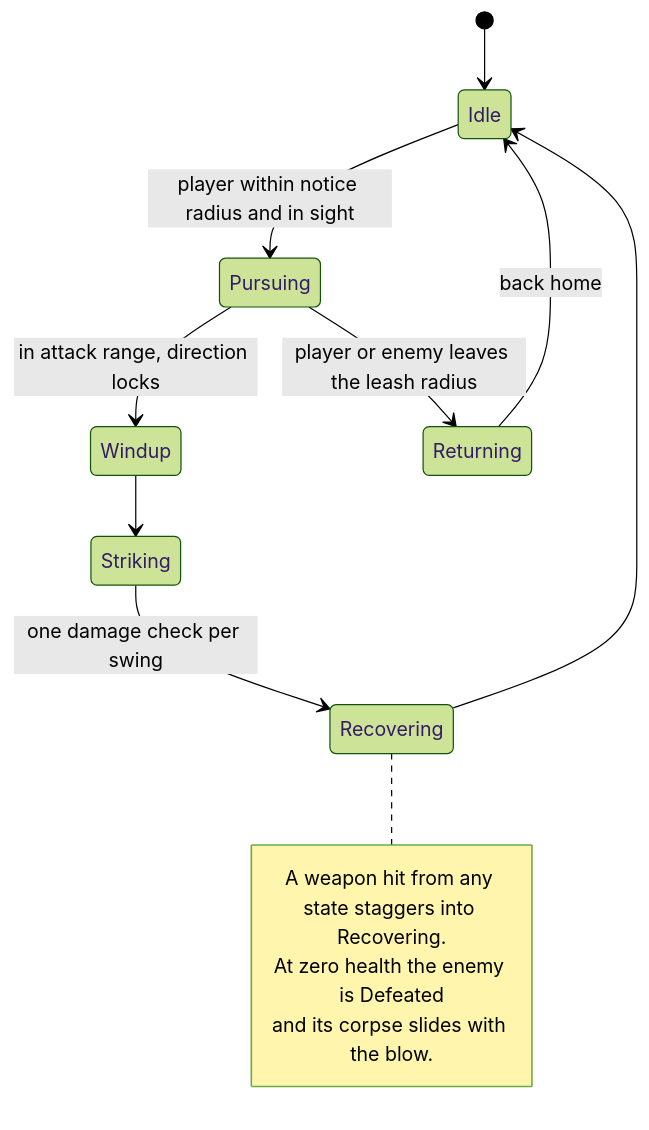
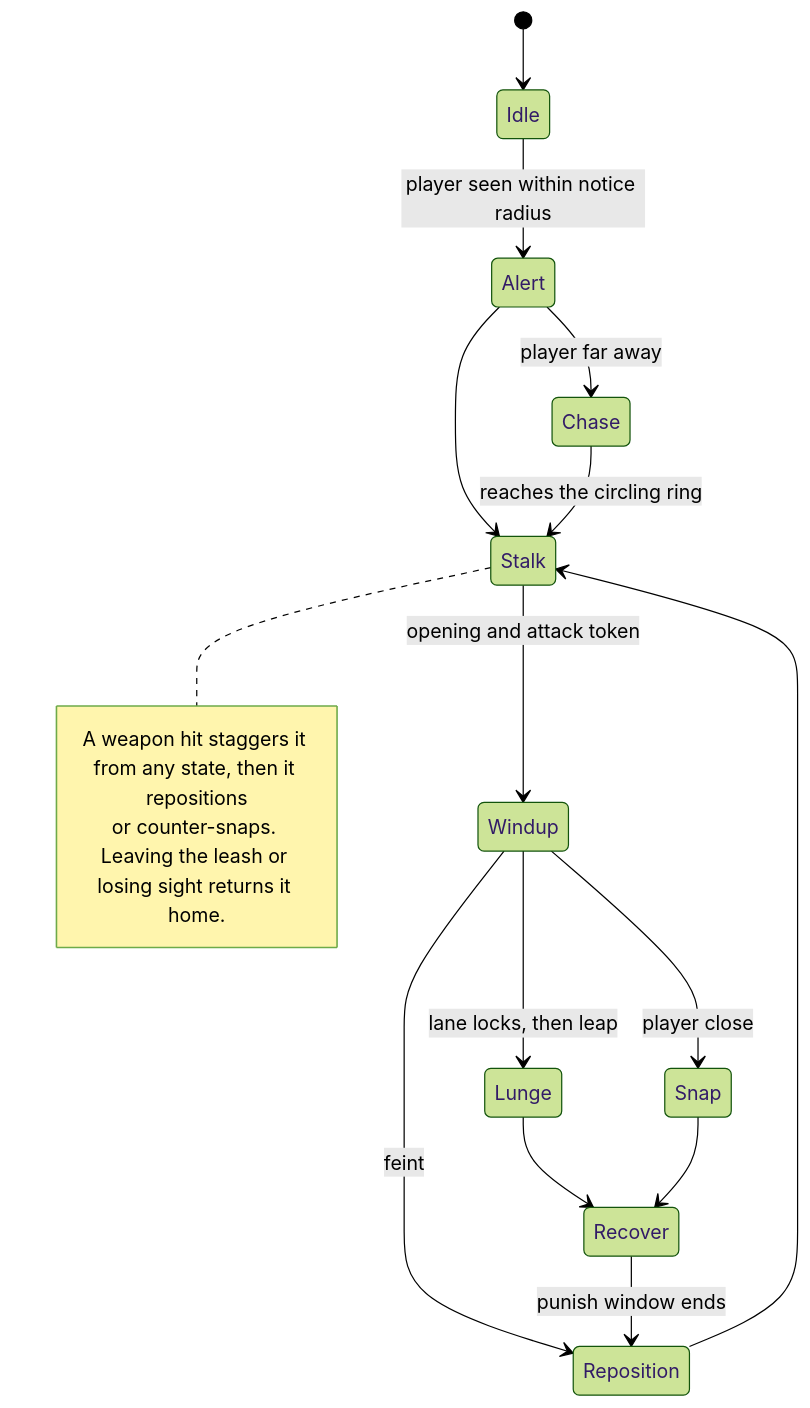
The fourth of 6 diagrams in Docs/SystemsOverview.md (Ronno7/RoadOfTheOldKing), drawn with Mermaid (forest theme) before and after one commit. The commit also changed other lines of this file and 1106 other files, not shown here.

Commit message:
Improved wolf AI, added enemy poise feature, new wolf art and anims, improved player hit feedback

````diff
--- a/Docs/SystemsOverview.md
+++ b/Docs/SystemsOverview.md
@@ -209,16 +211,20 @@
 ```mermaid
 stateDiagram-v2
   [*] --> Idle
-  Idle --> Pursuing: player within notice radius and in sight
-  Pursuing --> Windup: in attack range, direction locks
-  Windup --> Striking
-  Striking --> Recovering: one damage check per swing
-  Recovering --> Idle
-  Pursuing --> Returning: player or enemy leaves the leash radius
-  Returning --> Idle: back home
-  note right of Recovering
-    A weapon hit from any state staggers into Recovering.
-    At zero health the enemy is Defeated
-    and its corpse slides with the blow.
+  Idle --> Alert: player seen within notice radius
+  Alert --> Chase: player far away
+  Alert --> Stalk
+  Chase --> Stalk: reaches the circling ring
+  Stalk --> Windup: opening and attack token
+  Windup --> Lunge: lane locks, then leap
+  Windup --> Snap: player close
+  Windup --> Reposition: feint
+  Lunge --> Recover
+  Snap --> Recover
+  Recover --> Reposition: punish window ends
+  Reposition --> Stalk
+  note right of Stalk
+    A weapon hit staggers it from any state, then it repositions
+    or counter-snaps. Leaving the leash or losing sight returns it home.
   end note
 ```
````
